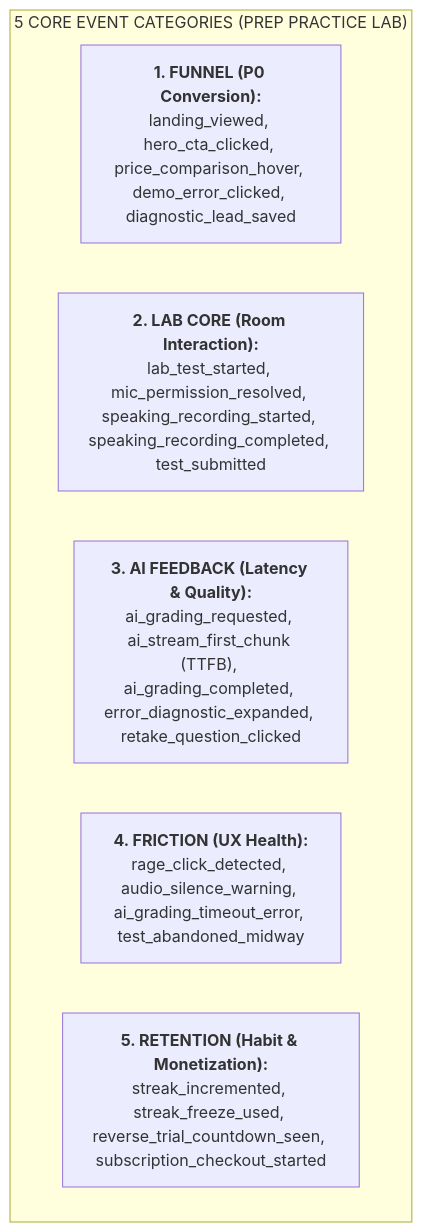
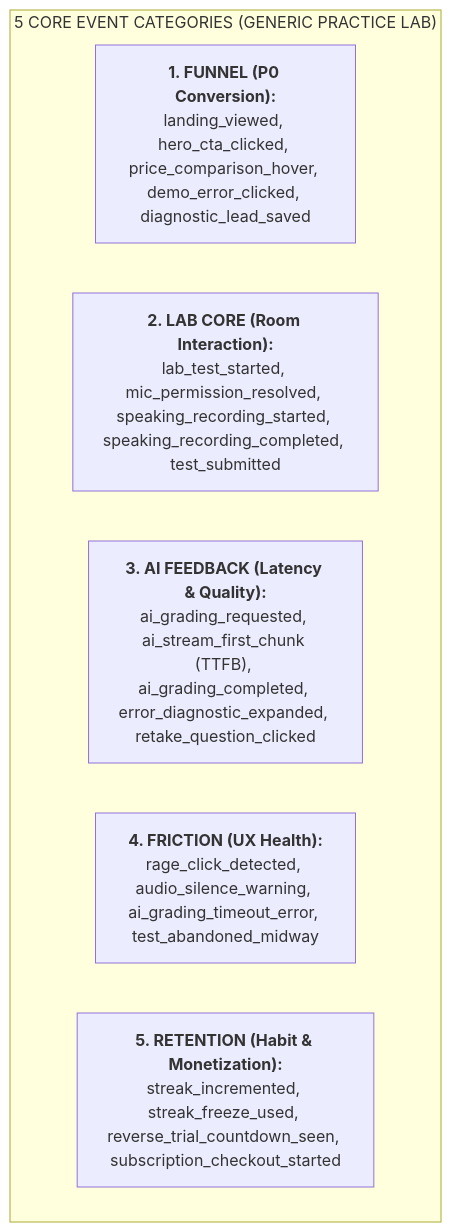
The second of 2 diagrams in skills/analytics/tracking-architect/SKILL.md (jimnguyendev/jimmy-kit), drawn with Mermaid before and after one commit. The commit also changed 76 other files, not shown here.

````diff
--- a/skills/analytics/tracking-architect/SKILL.md
+++ b/skills/analytics/tracking-architect/SKILL.md
@@ -44,10 +44,10 @@
 ```mermaid
 graph TD
-    subgraph TAXONOMY["5 CORE EVENT CATEGORIES (PREP PRACTICE LAB)"]
+    subgraph TAXONOMY["5 CORE EVENT CATEGORIES (GENERIC PRACTICE LAB)"]
         C1["<b>1. FUNNEL (P0 Conversion):</b><br/>landing_viewed, hero_cta_clicked, price_comparison_hover, demo_error_clicked, diagnostic_lead_saved"]
         C2["<b>2. LAB CORE (Room Interaction):</b><br/>lab_test_started, mic_permission_resolved, speaking_recording_started, speaking_recording_completed, test_submitted"]
         C3["<b>3. AI FEEDBACK (Latency & Quality):</b><br/>ai_grading_requested, ai_stream_first_chunk (TTFB), ai_grading_completed, error_diagnostic_expanded, retake_question_clicked"]
         C4["<b>4. FRICTION (UX Health):</b><br/>rage_click_detected, audio_silence_warning, ai_grading_timeout_error, test_abandoned_midway"]
         C5["<b>5. RETENTION (Habit & Monetization):</b><br/>streak_incremented, streak_freeze_used, reverse_trial_countdown_seen, subscription_checkout_started"]
     end
 ```
````
